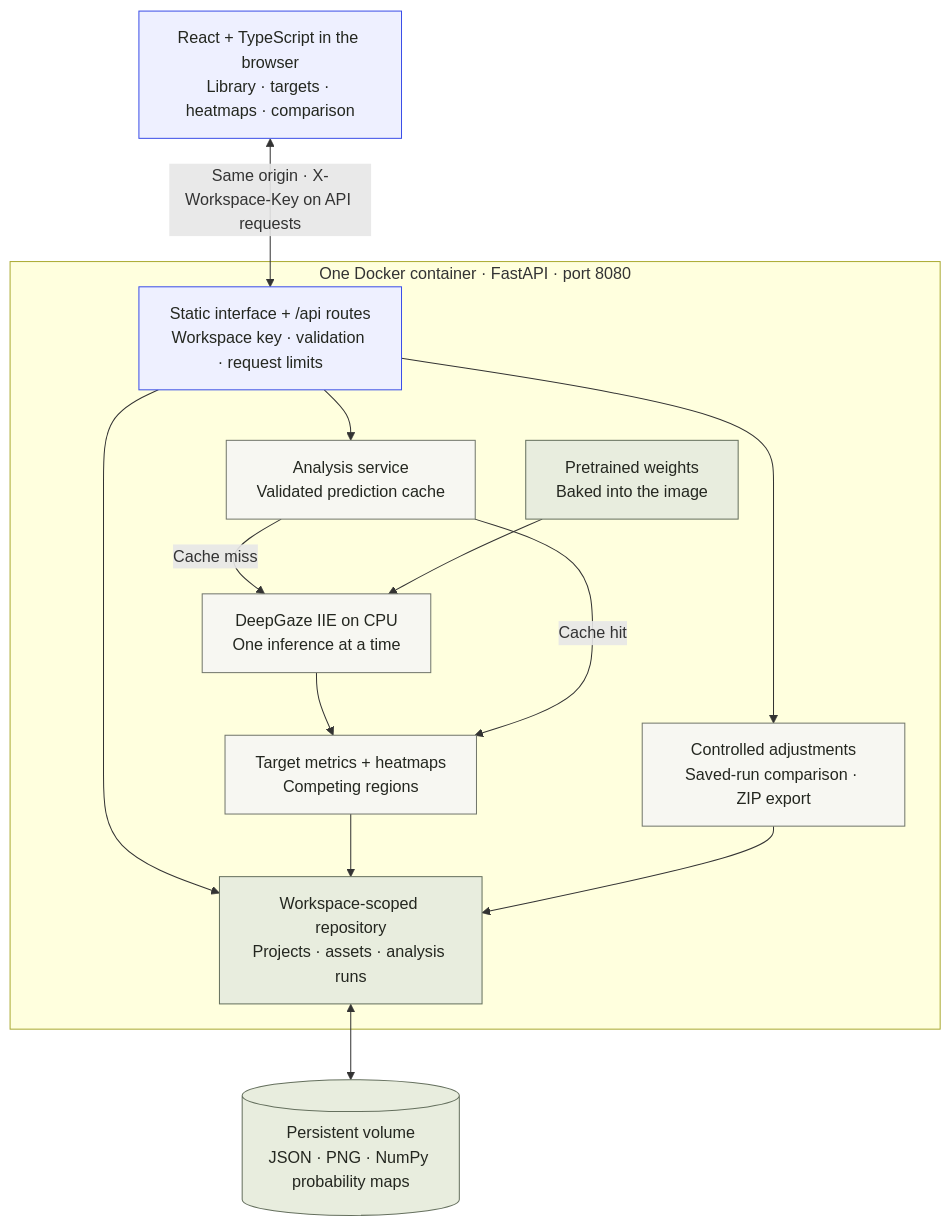
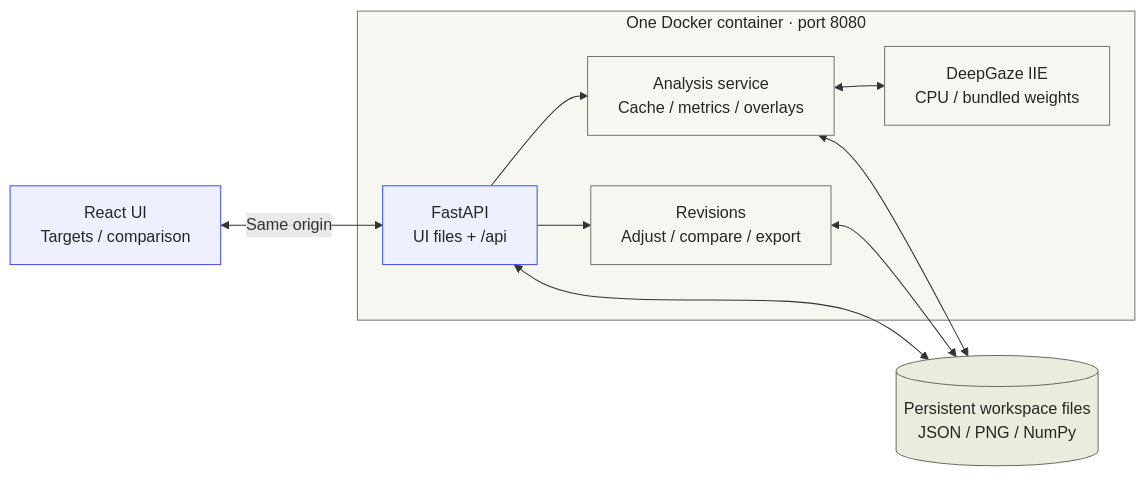
One commit to Evanlei/Veyo changed the diagram in README.md. Above: the diagram before and after it, drawn with Mermaid.

Commit message:
docs: keep the system diagram compact in GitHub previews

````diff
--- a/README.md
+++ b/README.md
@@ -64,35 +64,29 @@
 ```mermaid
-flowchart TD
-    Browser["React + TypeScript in the browser<br/>Library · targets · heatmaps · comparison"]
+flowchart LR
+    Browser["React UI<br/>Targets / comparison"]
 
-    subgraph App["One Docker container · FastAPI · port 8080"]
-        HTTP["Static interface + /api routes<br/>Workspace key · validation · request limits"]
-        Analysis["Analysis service<br/>Validated prediction cache"]
-        Engine["DeepGaze IIE on CPU<br/>One inference at a time"]
-        Metrics["Target metrics + heatmaps<br/>Competing regions"]
-        Revisions["Controlled adjustments<br/>Saved-run comparison · ZIP export"]
-        Repository["Workspace-scoped repository<br/>Projects · assets · analysis runs"]
-        Weights["Pretrained weights<br/>Baked into the image"]
+    subgraph App["One Docker container · port 8080"]
+        HTTP["FastAPI<br/>UI files + /api"]
+        Analysis["Analysis service<br/>Cache / metrics / overlays"]
+        Engine["DeepGaze IIE<br/>CPU / bundled weights"]
+        Revisions["Revisions<br/>Adjust / compare / export"]
     end
 
-    Files[("Persistent volume<br/>JSON · PNG · NumPy probability maps")]
+    Files[("Persistent workspace files<br/>JSON / PNG / NumPy")]
 
-    Browser <-->|"Same origin · X-Workspace-Key on API requests"| HTTP
+    Browser <-->|"Same origin"| HTTP
     HTTP --> Analysis
     HTTP --> Revisions
-    HTTP --> Repository
-    Analysis -->|"Cache miss"| Engine
-    Weights --> Engine
-    Engine --> Metrics
-    Analysis -->|"Cache hit"| Metrics
-    Metrics --> Repository
-    Revisions --> Repository
-    Repository <--> Files
+    Analysis <--> Engine
+    Analysis <--> Files
+    Revisions <--> Files
+    HTTP <--> Files
 
     classDef interface fill:#eef0ff,stroke:#3b4ee8,color:#242720;
     classDef processing fill:#f7f7f2,stroke:#71766b,color:#242720;
     classDef storage fill:#e8edde,stroke:#65705e,color:#242720;
     class Browser,HTTP interface;
-    class Analysis,Engine,Metrics,Revisions processing;
-    class Repository,Files,Weights storage;
+    class Analysis,Engine,Revisions processing;
+    class Files storage;
+    style App fill:#f7f7f2,stroke:#71766b,color:#242720;
 ```
````
